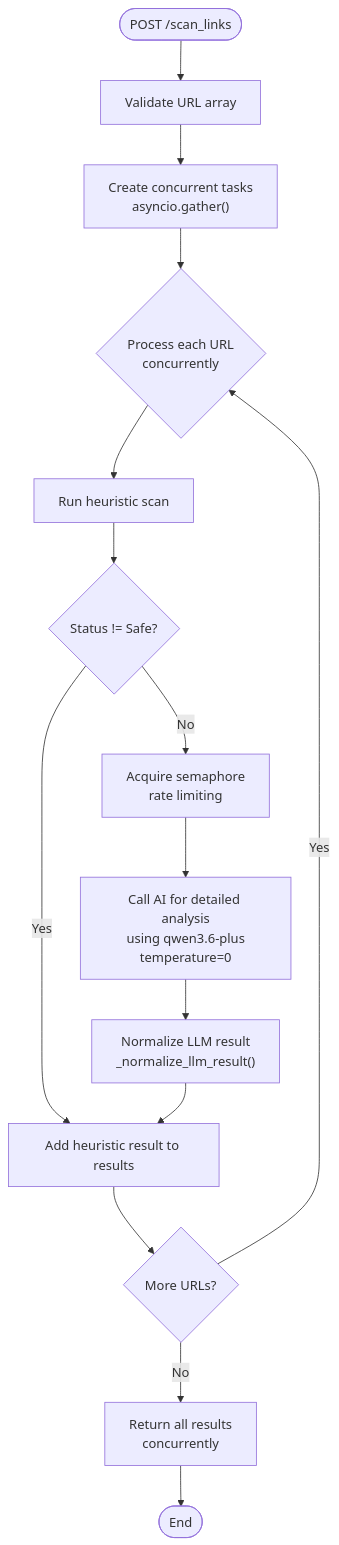
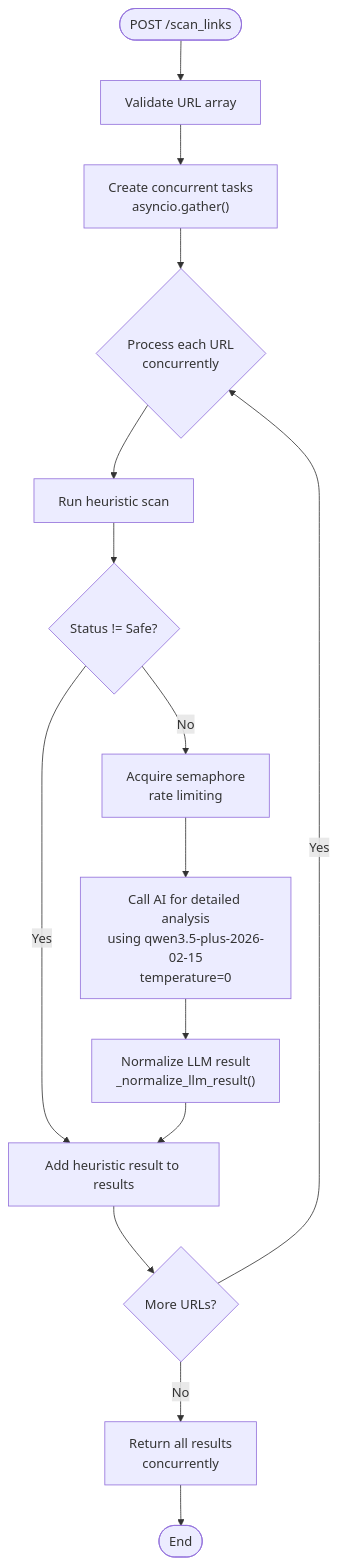
Before and after one commit to Aymanaahh/scrollguard-ai: the fourth of 5 diagrams in .qoder/repowiki/en/content/Backend API Documentation.md, drawn with Mermaid. The commit also changed other lines of this file and 22 other files, not shown here.

````diff
--- a/.qoder/repowiki/en/content/Backend API Documentation.md
+++ b/.qoder/repowiki/en/content/Backend API Documentation.md
@@ -328,17 +327,17 @@
 ```mermaid
 flowchart TD
 Start(["POST /scan_links"]) --> Validate["Validate URL array"]
 Validate --> CreateTasks["Create concurrent tasks<br/>asyncio.gather()"]
 CreateTasks --> Loop{"Process each URL<br/>concurrently"}
 Loop --> Heuristic["Run heuristic scan"]
 Heuristic --> Check{"Status != Safe?"}
 Check --> |Yes| AddResult["Add heuristic result to results"]
 Check --> |No| Semaphore["Acquire semaphore<br/>rate limiting"]
-Semaphore --> CallLLM["Call AI for detailed analysis<br/>using qwen3.6-plus<br/>temperature=0"]
+Semaphore --> CallLLM["Call AI for detailed analysis<br/>using qwen3.5-plus-2026-02-15<br/>temperature=0"]
 CallLLM --> Normalize["Normalize LLM result<br/>_normalize_llm_result()"]
 Normalize --> AddResult
 AddResult --> NextURL{"More URLs?"}
 NextURL --> |Yes| Loop
 NextURL --> |No| ReturnResults["Return all results<br/>concurrently"]
 ReturnResults --> End(["End"])
 ```
````
